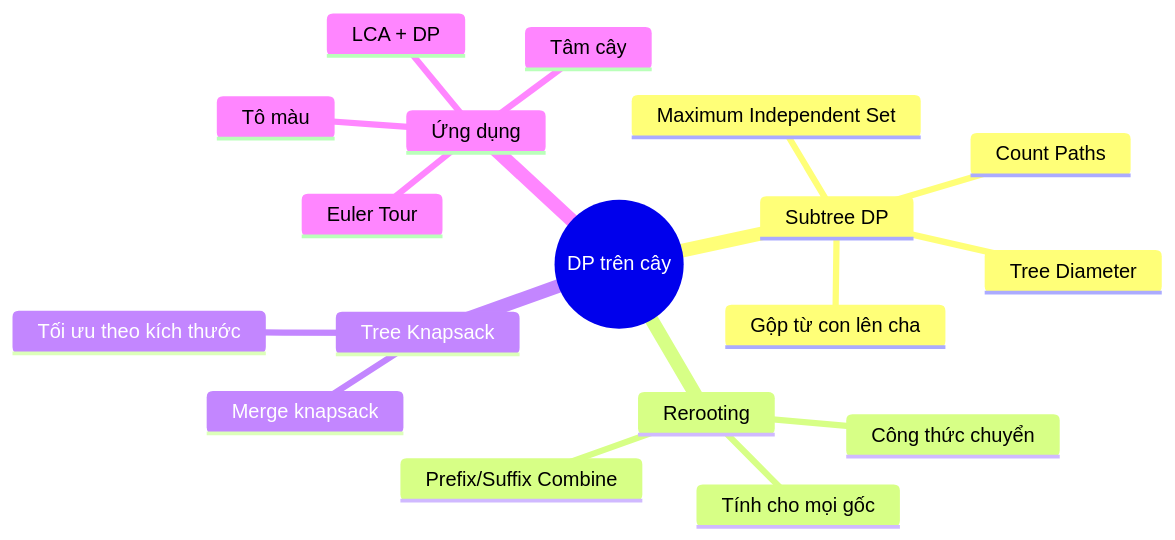
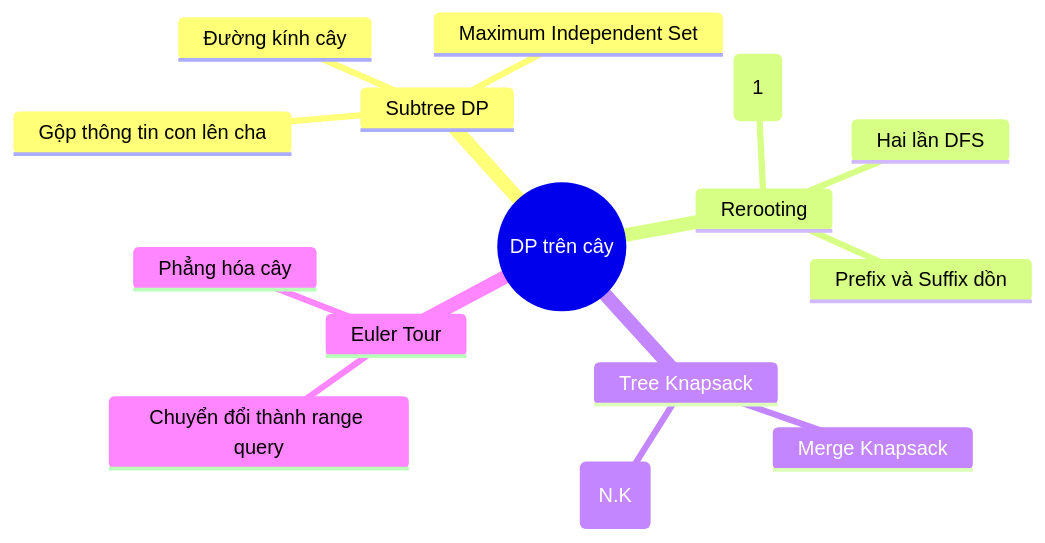
One commit to FPTOJ-OJ/fptoj_wiki changed the fourth of 4 diagrams in docs/lessons/dp-on-trees.md. Above: the diagram before and after it, drawn with Mermaid. The commit also changed other lines of this file and 18 other files, not shown here.

First line of the commit message:
fix: LaTeX errors, mermaid theme switching, remove custom colors

````diff
--- a/docs/lessons/dp-on-trees.md
+++ b/docs/lessons/dp-on-trees.md
@@ -1053,21 +1032,18 @@
 ```mermaid
 mindmap
   root((DP trên cây))
     Subtree DP
-      Gộp từ con lên cha
+      Gộp thông tin con lên cha
       Maximum Independent Set
-      Tree Diameter
-      Count Paths
+      Đường kính cây
     Rerooting
-      Tính cho mọi gốc
-      Công thức chuyển
-      Prefix/Suffix Combine
+      Đổi gốc trong O(1)
+      Hai lần DFS
+      Prefix và Suffix dồn
     Tree Knapsack
-      Merge knapsack
-      Tối ưu theo kích thước
-    Ứng dụng
-      Tâm cây
-      Tô màu
-      LCA + DP
-      Euler Tour
+      Merge Knapsack
+      Độ phức tạp O(N.K)
+    Euler Tour
+      Phẳng hóa cây
+      Chuyển đổi thành range query
 ```
````
